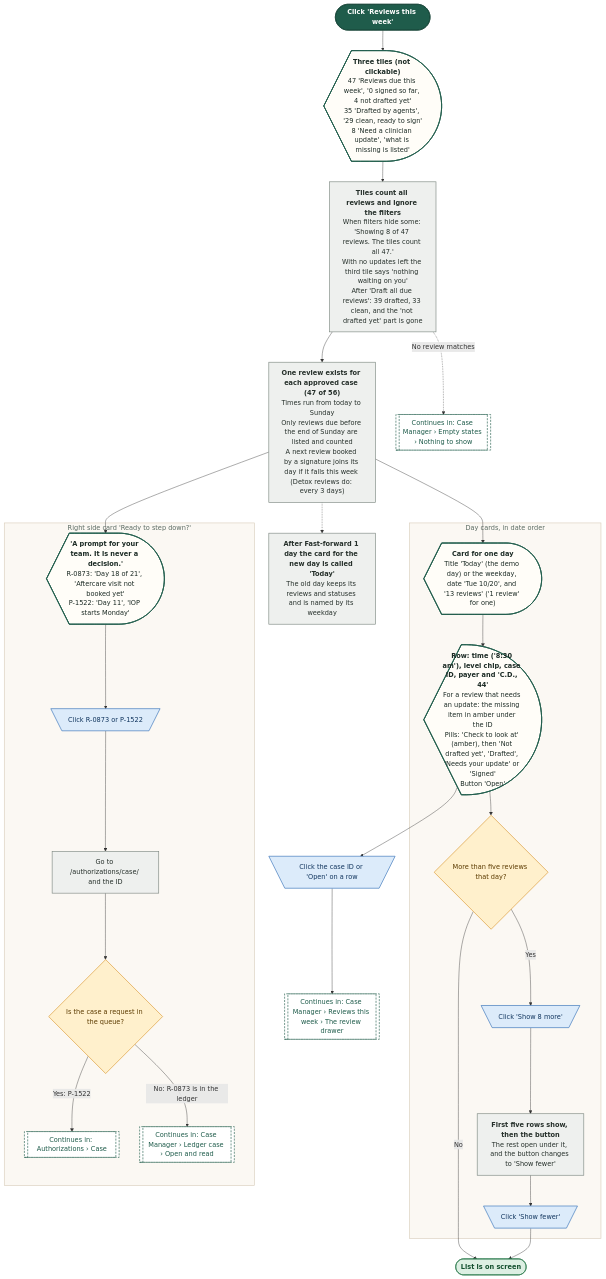
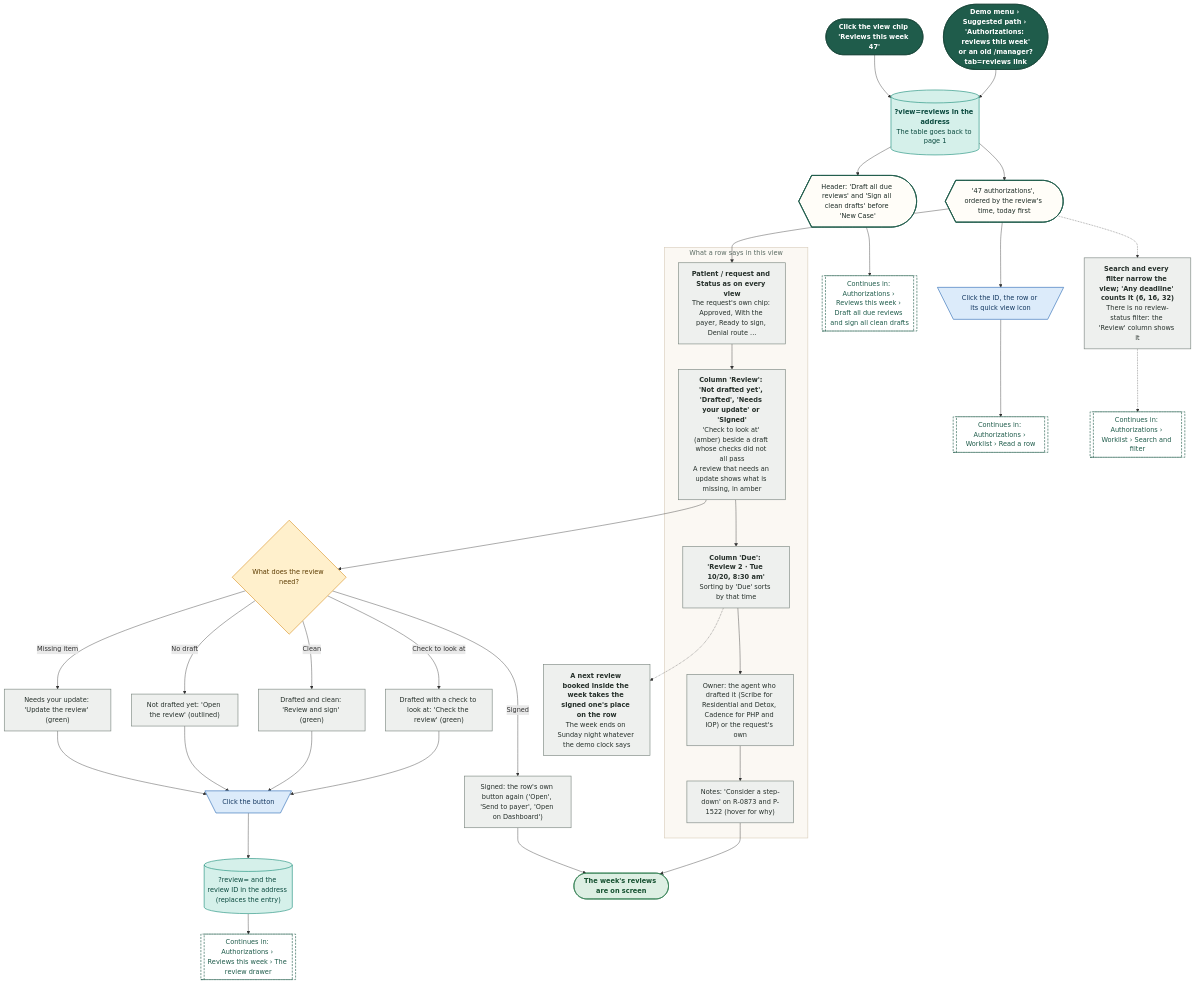
Before and after one commit to Shrav143/psyfloapp: diagram 12 of 20 in demos/prior-auth-demo/workflows/out/md/07-case-manager.md, drawn with Mermaid. The commit also changed other lines of this file and 113 other files, not shown here.

First line of the commit message:
docs: workflow diagrams for the merged Authorizations (worklist, approved, reviews and tracked cases, sidebar arrow), every link retargeted, 336 diagrams

````diff
--- a/demos/prior-auth-demo/workflows/out/md/07-case-manager.md
+++ b/demos/prior-auth-demo/workflows/out/md/07-case-manager.md
@@ -1042,65 +856,73 @@
 ```mermaid
 %%{init: {"theme":"base","themeVariables":{"fontFamily":"'DM Sans', 'Segoe UI', system-ui, sans-serif","fontSize":"15px","lineColor":"#5B6B63","primaryTextColor":"#1C2B25","clusterBkg":"#FBF8F3","clusterBorder":"#D9CDBB","edgeLabelBackground":"#FFFFFF"},"flowchart":{"curve":"basis","nodeSpacing":36,"rankSpacing":48,"padding":12,"htmlLabels":true,"useMaxWidth":false,"wrappingWidth":230}} }%%
 flowchart TD
   classDef k_start fill:#1F5C4B,stroke:#174638,color:#FFFFFF,stroke-width:1.5px,font-weight:600
   classDef k_end fill:#DDEFE3,stroke:#2E7D4F,color:#14502F,stroke-width:1.5px,font-weight:600
   classDef k_endx fill:#FBE3E0,stroke:#C0392B,color:#7A1F16,stroke-width:1.5px,font-weight:600
   classDef k_screen fill:#FFFDF8,stroke:#1F5C4B,color:#1C2B25,stroke-width:2px
   classDef k_overlay fill:#F1F7F3,stroke:#1F5C4B,color:#1C2B25,stroke-width:2px,stroke-dasharray:5 3
   classDef k_click fill:#DCEBFA,stroke:#2F6DB5,color:#12365F,stroke-width:1.5px
   classDef k_input fill:#E4E7FF,stroke:#4C5FD5,color:#1D2670,stroke-width:1.5px
   classDef k_process fill:#EEF0EE,stroke:#7A857F,color:#26302B,stroke-width:1.5px
   classDef k_agent fill:#EEE5FA,stroke:#7A4FC2,color:#341A63,stroke-width:1.5px
   classDef k_decision fill:#FFF0CC,stroke:#D9962B,color:#5C3B00,stroke-width:1.5px
   classDef k_store fill:#D5F0EA,stroke:#1C8E7B,color:#0B4A3F,stroke-width:1.5px
   classDef k_doc fill:#F6E9DC,stroke:#B07A4C,color:#4A2E14,stroke-width:1.5px
   classDef k_ext fill:#FFE6D2,stroke:#E07B39,color:#6B2F06,stroke-width:1.5px
   classDef k_wait fill:#E4E8EE,stroke:#6B7C93,color:#26303D,stroke-width:1.5px
   classDef k_toast fill:#FFF9DB,stroke:#C9A400,color:#5A4A00,stroke-width:1.5px
   classDef k_goto fill:#FFFFFF,stroke:#1F5C4B,color:#1F5C4B,stroke-width:1.5px,stroke-dasharray:5 3
-  s1@{ shape: stadium, label: "Click 'Reviews this week'" }
-  t0@{ shape: curv-trap, label: "<b>Three tiles (not clickable)</b><br/>47 'Reviews due this week', '0 signed so far, 4 not drafted yet'<br/>35 'Drafted by agents', '29 clean, ready to sign'<br/>8 'Need a clinician update', 'what is missing is listed'" }
-  p0@{ shape: rect, label: "<b>Tiles count all reviews and ignore the filters</b><br/>When filters hide some: 'Showing 8 of 47 reviews. The tiles count all 47.'<br/>With no updates left the third tile says 'nothing waiting on you'<br/>After 'Draft all due reviews': 39 drafted, 33 clean, and the 'not drafted yet' part is gone" }
-  p1@{ shape: rect, label: "<b>One review exists for each approved case (47 of 56)</b><br/>Times run from today to Sunday<br/>Only reviews due before the end of Sunday are listed and counted<br/>A next review booked by a signature joins its day if it falls this week (Detox reviews do: every 3 days)" }
-  subgraph gDays ["Day cards, in date order"]
-  d1@{ shape: curv-trap, label: "<b>Card for one day</b><br/>Title 'Today' (the demo day) or the weekday, date 'Tue 10/20', and '13 reviews' ('1 review' for one)" }
-  d2@{ shape: curv-trap, label: "<b>Row: time ('8:30 am'), level chip, case ID, payer and 'C.D., 44'</b><br/>For a review that needs an update: the missing item in amber under the ID<br/>Pills: 'Check to look at' (amber), then 'Not drafted yet', 'Drafted', 'Needs your update' or 'Signed'<br/>Button 'Open'" }
-  d3@{ shape: diam, label: "More than five reviews that day?" }
-  c3@{ shape: trap-t, label: "Click 'Show 8 more'" }
-  c4@{ shape: trap-t, label: "Click 'Show fewer'" }
-  p3@{ shape: rect, label: "<b>First five rows show, then the button</b><br/>The rest open under it, and the button changes to 'Show fewer'" }
+  s1@{ shape: stadium, label: "Click the view chip 'Reviews this week 47'" }
+  s2@{ shape: stadium, label: "<b>Demo menu › Suggested path › 'Authorizations: reviews this week'</b><br/>or an old /manager?tab=reviews link" }
+  ad@{ shape: cyl, label: "<b>?view=reviews in the address</b><br/>The table goes back to page 1" }
+  hd@{ shape: curv-trap, label: "Header: 'Draft all due reviews' and 'Sign all clean drafts' before 'New Case'" }
+  gB@{ shape: subproc, label: "Continues in: Authorizations › Reviews this week › Draft all due reviews and sign all clean drafts" }
+  tb@{ shape: curv-trap, label: "'47 authorizations', ordered by the review's time, today first" }
+  subgraph gRow ["What a row says in this view"]
+  r1@{ shape: rect, label: "<b>Patient / request and Status as on every view</b><br/>The request's own chip: Approved, With the payer, Ready to sign, Denial route ..." }
+  r2@{ shape: rect, label: "<b>Column 'Review': 'Not drafted yet', 'Drafted', 'Needs your update' or 'Signed'</b><br/>'Check to look at' (amber) beside a draft whose checks did not all pass<br/>A review that needs an update shows what is missing, in amber" }
+  r3@{ shape: rect, label: "<b>Column 'Due': 'Review 2 · Tue 10/20, 8:30 am'</b><br/>Sorting by 'Due' sorts by that time" }
+  r4@{ shape: rect, label: "Owner: the agent who drafted it (Scribe for Residential and Detox, Cadence for PHP and IOP) or the request's own" }
+  r5@{ shape: rect, label: "Notes: 'Consider a step-down' on R-0873 and P-1522 (hover for why)" }
   end
-  c1@{ shape: trap-t, label: "Click the case ID or 'Open' on a row" }
-  g1@{ shape: subproc, label: "Continues in: Case Manager › Reviews this week › The review drawer" }
-  subgraph gSide ["Right side card 'Ready to step down?'"]
-  s2@{ shape: curv-trap, label: "<b>'A prompt for your team. It is never a decision.'</b><br/>R-0873: 'Day 18 of 21', 'Aftercare visit not booked yet'<br/>P-1522: 'Day 11', 'IOP starts Monday'" }
-  c2@{ shape: trap-t, label: "Click R-0873 or P-1522" }
-  p4@{ shape: rect, label: "Go to /authorizations/case/ and the ID" }
-  d4@{ shape: diam, label: "Is the case a request in the queue?" }
-  g2@{ shape: subproc, label: "Continues in: Authorizations › Case" }
-  g4@{ shape: subproc, label: "Continues in: Case Manager › Ledger case › Open and read" }
-  end
-  p5@{ shape: rect, label: "<b>After Fast-forward 1 day the card for the new day is called 'Today'</b><br/>The old day keeps its reviews and statuses and is named by its weekday" }
-  g3@{ shape: subproc, label: "Continues in: Case Manager › Empty states › Nothing to show" }
-  e1@{ shape: stadium, label: "List is on screen" }
-  s1 --> t0 --> p0 --> p1 --> d1 --> d2
-  d2 --> d3
-  d3 -->|"Yes"| c3 --> p3
-  d3 -->|"No"| e1
-  p3 --> c4 --> e1
-  d2 --> c1 --> g1
-  p1 --> s2 --> c2 --> p4 --> d4
-  d4 -->|"Yes: P-1522"| g2
-  d4 -->|"No: R-0873 is in the ledger"| g4
-  p1 -.-> p5
-  p0 -.->|"No review matches"| g3
-  class s1 k_start
-  class t0,d1,d2,s2 k_screen
-  class p0,p1,p3,p4,p5 k_process
-  class d3,d4 k_decision
-  class c3,c4,c1,c2 k_click
-  class g1,g2,g4,g3 k_goto
+  db@{ shape: diam, label: "What does the review need?" }
+  b1@{ shape: rect, label: "Needs your update: 'Update the review' (green)" }
+  b2@{ shape: rect, label: "Not drafted yet: 'Open the review' (outlined)" }
+  b3@{ shape: rect, label: "Drafted and clean: 'Review and sign' (green)" }
+  b4@{ shape: rect, label: "Drafted with a check to look at: 'Check the review' (green)" }
+  b5@{ shape: rect, label: "Signed: the row's own button again ('Open', 'Send to payer', 'Open on Dashboard')" }
+  c1@{ shape: trap-t, label: "Click the button" }
+  rv@{ shape: cyl, label: "?review= and the review ID in the address (replaces the entry)" }
+  g1@{ shape: subproc, label: "Continues in: Authorizations › Reviews this week › The review drawer" }
+  c2@{ shape: trap-t, label: "Click the ID, the row or its quick view icon" }
+  g2@{ shape: subproc, label: "Continues in: Authorizations › Worklist › Read a row" }
+  f1@{ shape: rect, label: "<b>Search and every filter narrow the view; 'Any deadline' counts it (6, 16, 32)</b><br/>There is no review-status filter: the 'Review' column shows it" }
+  gF@{ shape: subproc, label: "Continues in: Authorizations › Worklist › Search and filter" }
+  p5@{ shape: rect, label: "<b>A next review booked inside the week takes the signed one's place on the row</b><br/>The week ends on Sunday night whatever the demo clock says" }
+  e1@{ shape: stadium, label: "The week's reviews are on screen" }
+  s1 --> ad
+  s2 --> ad
+  ad --> hd --> gB
+  ad --> tb --> r1 --> r2 --> r3 --> r4 --> r5
+  r2 --> db
+  db -->|"Missing item"| b1
+  db -->|"No draft"| b2
+  db -->|"Clean"| b3
+  db -->|"Check to look at"| b4
+  db -->|"Signed"| b5
+  b1 & b2 & b3 & b4 --> c1 --> rv --> g1
+  tb --> c2 --> g2
+  tb -.-> f1 -.-> gF
+  r3 -.-> p5
+  b5 --> e1
+  r5 --> e1
+  class s1,s2 k_start
+  class ad,rv k_store
+  class hd,tb k_screen
+  class gB,g1,g2,gF k_goto
+  class r1,r2,r3,r4,r5,b1,b2,b3,b4,b5,f1,p5 k_process
+  class db k_decision
+  class c1,c2 k_click
   class e1 k_end
-  style gDays fill:#FBF8F3,stroke:#D9CDBB,stroke-width:1.5px,color:#5B6B63
-  style gSide fill:#FBF8F3,stroke:#D9CDBB,stroke-width:1.5px,color:#5B6B63
+  style gRow fill:#FBF8F3,stroke:#D9CDBB,stroke-width:1.5px,color:#5B6B63
 ```
````
